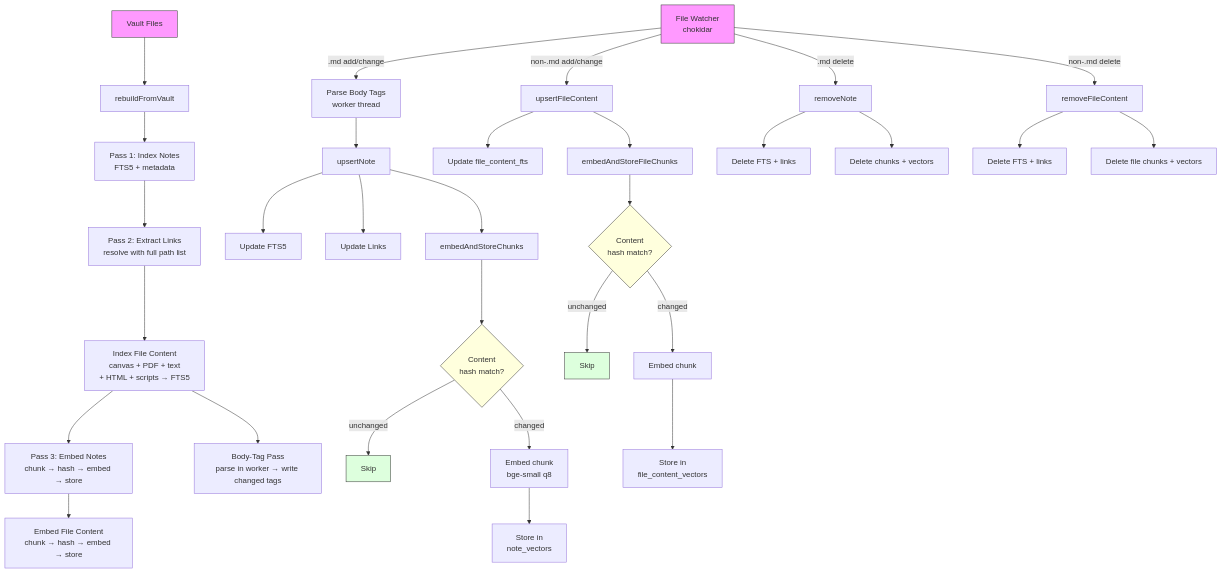
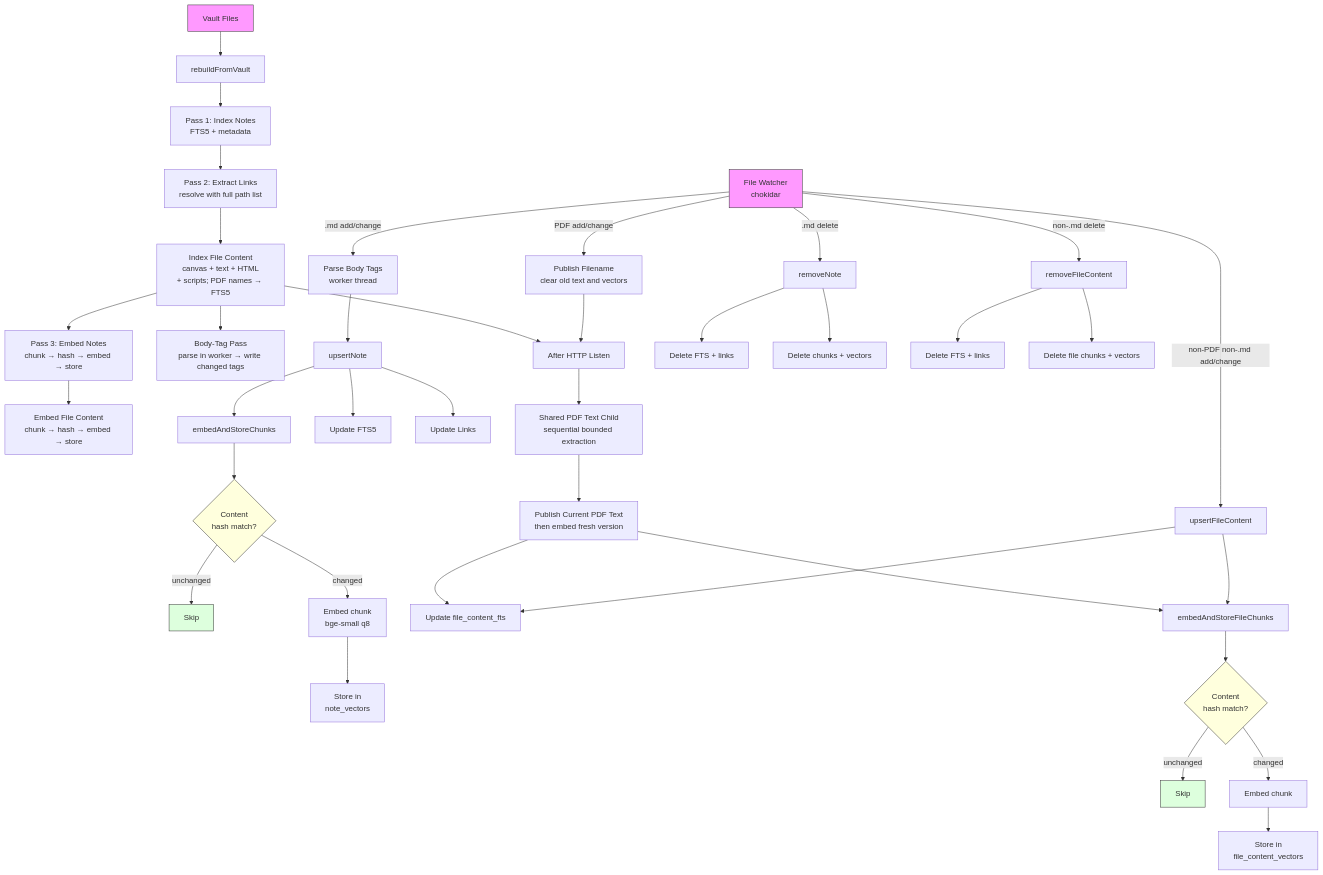
The third of 6 diagrams in ARCHITECTURE.md (aliasunder/vault-cortex), drawn with Mermaid before and after one commit. The commit also changed other lines of this file and 59 other files, not shown here.

First line of the commit message:
fix: isolate PDF text extraction so one crafted PDF cannot crash the server (#755)

````diff
--- a/ARCHITECTURE.md
+++ b/ARCHITECTURE.md
@@ -600,43 +621,50 @@
 ```mermaid
 flowchart TD
     VF[Vault Files] --> RB[rebuildFromVault]
     RB --> P1[Pass 1: Index Notes\nFTS5 + metadata]
     P1 --> P2[Pass 2: Extract Links\nresolve with full path list]
-    P2 --> FC[Index File Content\ncanvas + PDF + text\n+ HTML + scripts → FTS5]
+    P2 --> FC[Index File Content\ncanvas + text + HTML\n+ scripts; PDF names → FTS5]
     FC --> P3[Pass 3: Embed Notes\nchunk → hash → embed → store]
     P3 --> P3F[Embed File Content\nchunk → hash → embed → store]
     FC --> BTP[Body-Tag Pass\nparse in worker → write changed tags]
+    FC --> PG[After HTTP Listen]
+    PG --> PX[Shared PDF Text Child\nsequential bounded extraction]
+    PX --> PP[Publish Current PDF Text\nthen embed fresh version]
 
     FW[File Watcher\nchokidar] --> |.md add/change| BT[Parse Body Tags\nworker thread]
     BT --> UP[upsertNote]
     UP --> FTS[Update FTS5]
     UP --> LK[Update Links]
     UP --> EM[embedAndStoreChunks]
     EM --> CH{Content\nhash match?}
     CH --> |unchanged| SK[Skip]
     CH --> |changed| EMB[Embed chunk\nbge-small q8]
     EMB --> VEC[Store in\nnote_vectors]
 
-    FW --> |non-.md add/change| UFC[upsertFileContent]
+    FW --> |non-PDF non-.md add/change| UFC[upsertFileContent]
+    FW --> |PDF add/change| PN[Publish Filename\nclear old text and vectors]
+    PN --> PG
+    PP --> FFTS
+    PP --> EFC
     UFC --> FFTS[Update file_content_fts]
     UFC --> EFC[embedAndStoreFileChunks]
     EFC --> FCH{Content\nhash match?}
     FCH --> |unchanged| FSK[Skip]
     FCH --> |changed| FEMB[Embed chunk]
     FEMB --> FVEC[Store in\nfile_content_vectors]
 
     FW --> |.md delete| RM[removeNote]
     RM --> D1[Delete FTS + links]
     RM --> D2[Delete chunks + vectors]
 
     FW --> |non-.md delete| RMF[removeFileContent]
     RMF --> FD1[Delete FTS + links]
     RMF --> FD2[Delete file chunks + vectors]
 
     style VF fill:#f9f,stroke:#333
     style FW fill:#f9f,stroke:#333
     style CH fill:#ffd,stroke:#333
     style FCH fill:#ffd,stroke:#333
     style SK fill:#dfd,stroke:#333
     style FSK fill:#dfd,stroke:#333
 ```
````
